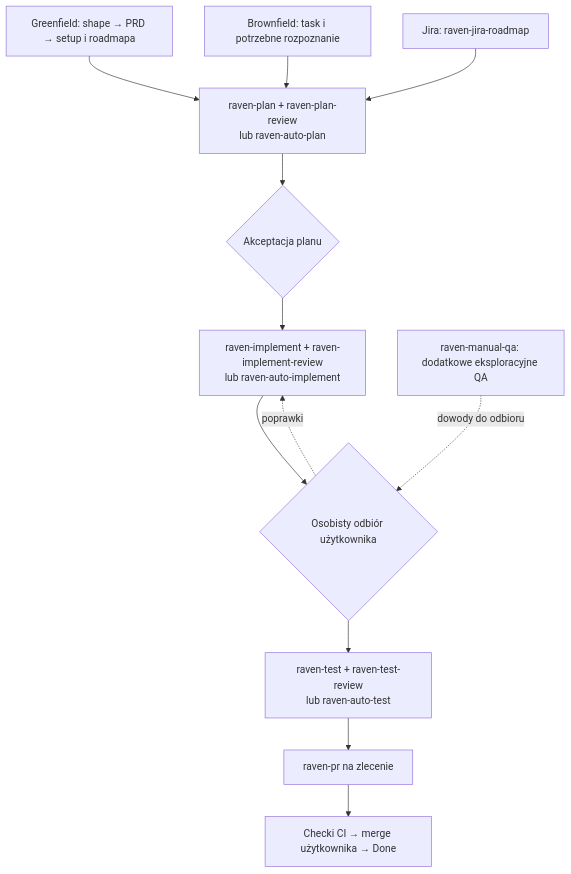
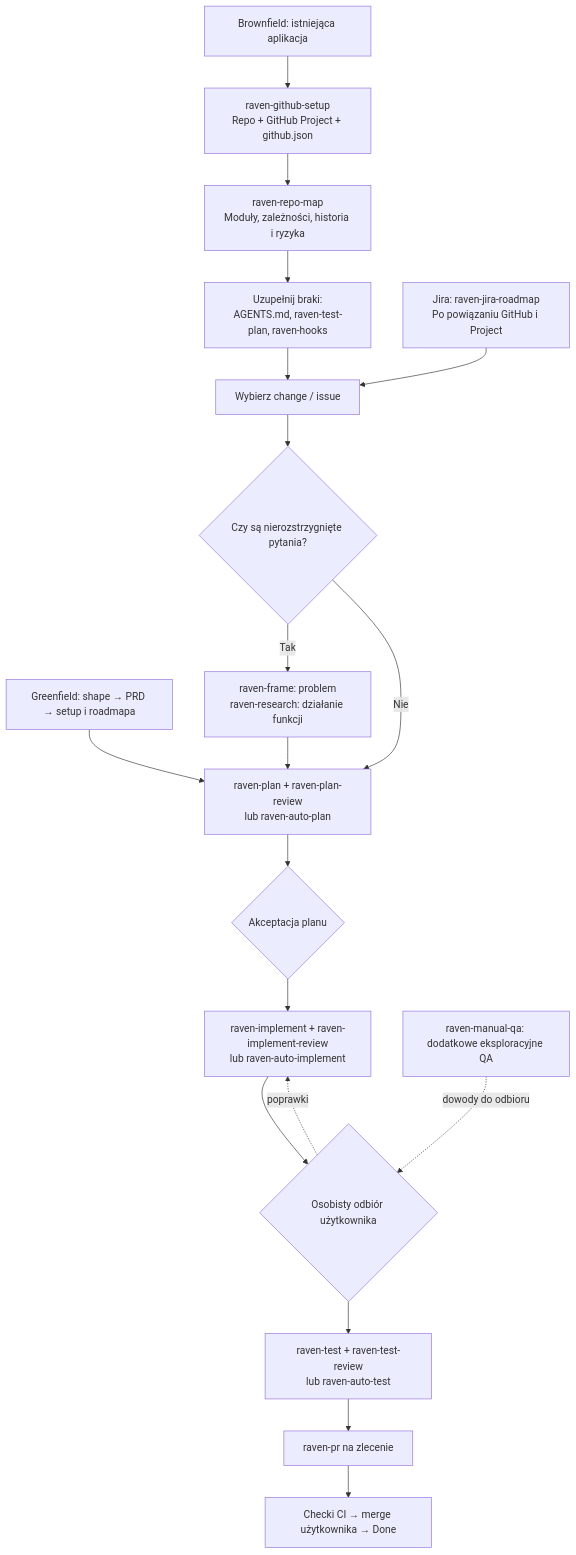
Before and after one commit to MateuszKruk1303/raven-workflow: the diagram in README.md, drawn with Mermaid. The commit also changed other lines of this file and 1 other file, not shown here.

Commit message:
docs: make brownfield onboarding and board setup explicit

````diff
--- a/README.md
+++ b/README.md
@@ -70,14 +83,21 @@
 ```mermaid
 flowchart TD
     G[Greenfield: shape → PRD → setup i roadmapa] --> P
-    B[Brownfield: task i potrzebne rozpoznanie] --> P
-    J[Jira: raven-jira-roadmap] --> P
+    B[Brownfield: istniejąca aplikacja] --> BG[raven-github-setup<br/>Repo + GitHub Project + github.json]
+    BG --> BM[raven-repo-map<br/>Moduły, zależności, historia i ryzyka]
+    BM --> BF[Uzupełnij braki:<br/>AGENTS.md, raven-test-plan, raven-hooks]
+    BF --> BT[Wybierz change / issue]
+    BT --> BA{Czy są nierozstrzygnięte pytania?}
+    BA -->|Tak| BR[raven-frame: problem<br/>raven-research: działanie funkcji]
+    BR --> P
+    BA -->|Nie| P
+    J[Jira: raven-jira-roadmap<br/>Po powiązaniu GitHub i Project] --> BT
     P[raven-plan + raven-plan-review<br/>lub raven-auto-plan] --> A{Akceptacja planu}
     A --> I[raven-implement + raven-implement-review<br/>lub raven-auto-implement]
     I --> U{Osobisty odbiór użytkownika}
     U --> T[raven-test + raven-test-review<br/>lub raven-auto-test]
     T --> R[raven-pr na zlecenie]
     R --> C[Checki CI → merge użytkownika → Done]
     U -. poprawki .-> I
     Q[raven-manual-qa: dodatkowe eksploracyjne QA] -. dowody do odbioru .-> U
 ```
````
